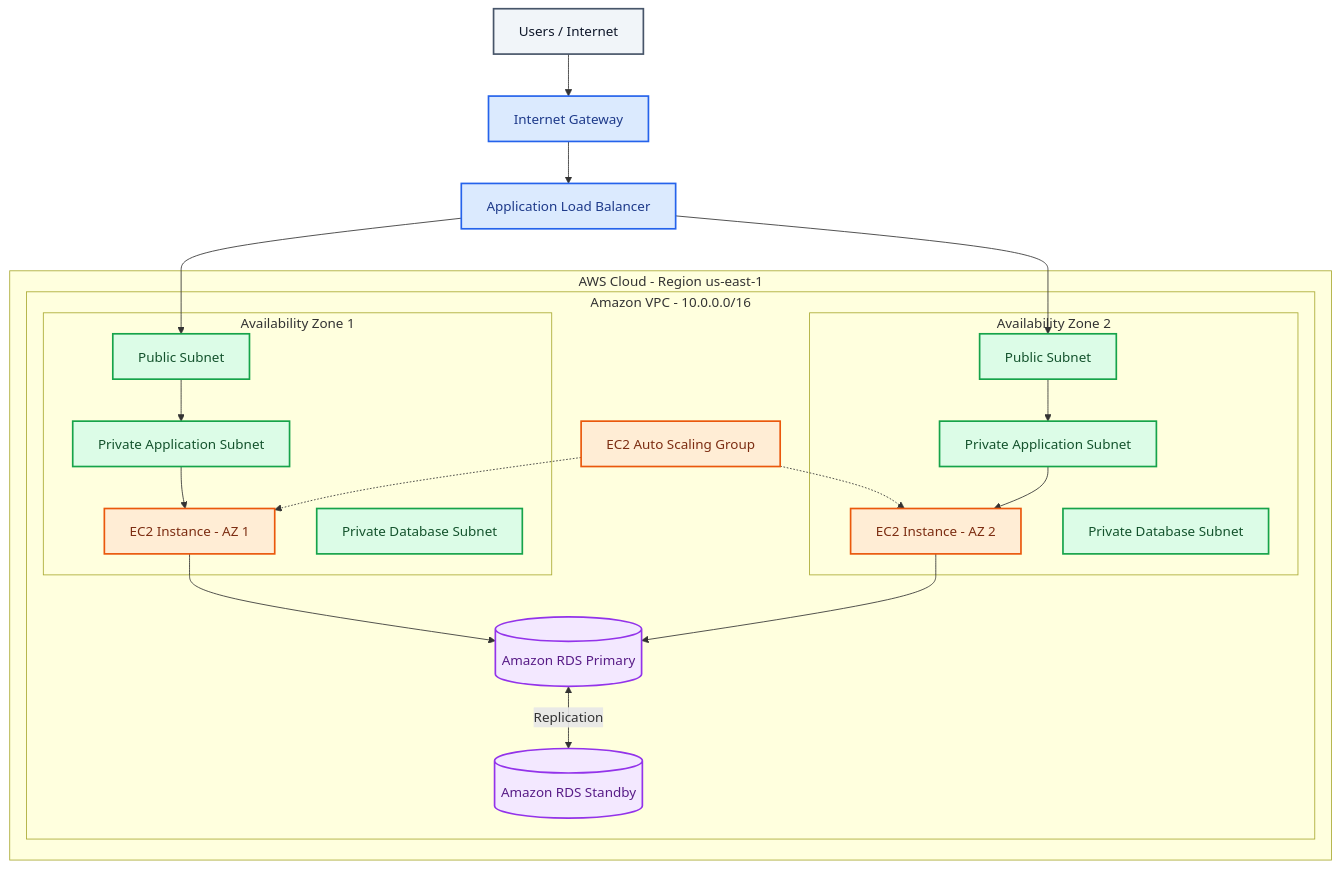
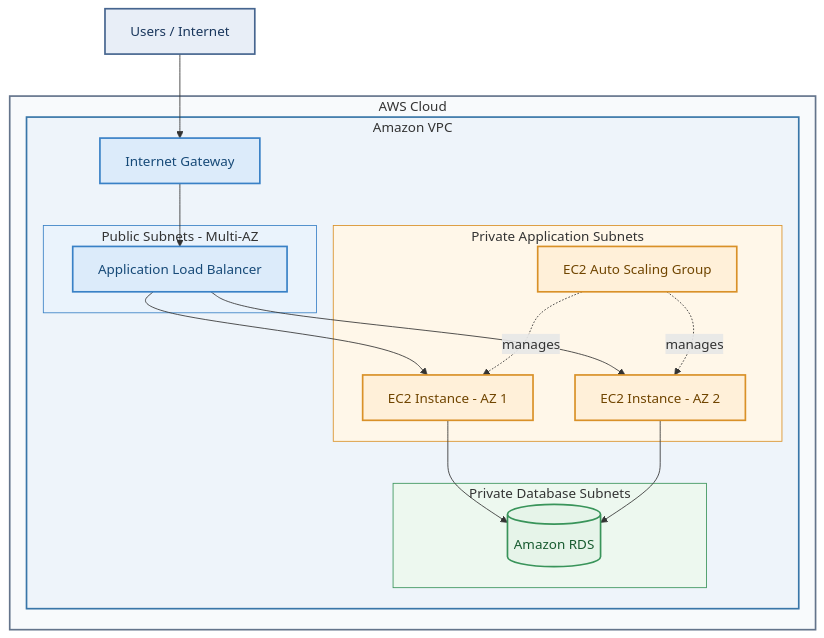
The diagram in architecture.mmd (MuraliPuli/aws-three-tier-web-architecture), drawn with Mermaid before and after one commit.

```diff
--- a/architecture.mmd
+++ b/architecture.mmd
@@ -1,52 +1,48 @@
 
 flowchart TB
     U["Users / Internet"]
-    IGW["Internet Gateway"]
-    ALB["Application Load Balancer"]
 
-    subgraph AWS["AWS Cloud - Region us-east-1"]
-      subgraph VPC["Amazon VPC - 10.0.0.0/16"]
-        subgraph AZ1["Availability Zone 1"]
-          P1["Public Subnet"]
-          A1["Private Application Subnet"]
-          E1["EC2 Instance - AZ 1"]
-          D1["Private Database Subnet"]
+    subgraph AWS["AWS Cloud"]
+        subgraph VPC["Amazon VPC"]
+            IGW["Internet Gateway"]
+
+            subgraph PUBLIC["Public Subnets - Multi-AZ"]
+                ALB["Application Load Balancer"]
+            end
+
+            subgraph PRIVATE_APP["Private Application Subnets"]
+                ASG["EC2 Auto Scaling Group"]
+                EC2A["EC2 Instance - AZ 1"]
+                EC2B["EC2 Instance - AZ 2"]
+            end
+
+            subgraph PRIVATE_DB["Private Database Subnets"]
+                RDS[("Amazon RDS")]
+            end
         end
-
-        subgraph AZ2["Availability Zone 2"]
-          P2["Public Subnet"]
-          A2["Private Application Subnet"]
-          E2["EC2 Instance - AZ 2"]
-          D2["Private Database Subnet"]
-        end
-
-        ASG["EC2 Auto Scaling Group"]
-        RDS1[("Amazon RDS Primary")]
-        RDS2[("Amazon RDS Standby")]
-      end
     end
 
-    U --> IGW --> ALB
-    ALB --> P1
-    ALB --> P2
-    P1 --> A1
-    P2 --> A2
-    A1 --> E1
-    A2 --> E2
-    ASG -.-> E1
-    ASG -.-> E2
-    E1 --> RDS1
-    E2 --> RDS1
-    RDS1 <-->|Replication| RDS2
+    U --> IGW
+    IGW --> ALB
+    ALB --> EC2A
+    ALB --> EC2B
+    ASG -. manages .-> EC2A
+    ASG -. manages .-> EC2B
+    EC2A --> RDS
+    EC2B --> RDS
 
-    classDef network fill:#dbeafe,stroke:#2563eb,color:#1e3a8a,stroke-width:2px
-    classDef subnet fill:#dcfce7,stroke:#16a34a,color:#14532d,stroke-width:2px
-    classDef compute fill:#ffedd5,stroke:#ea580c,color:#7c2d12,stroke-width:2px
-    classDef database fill:#f3e8ff,stroke:#9333ea,color:#581c87,stroke-width:2px
-    classDef users fill:#f1f5f9,stroke:#475569,color:#0f172a,stroke-width:2px
+    classDef users fill:#E8EEF7,stroke:#46658F,color:#19365C,stroke-width:2px
+    classDef network fill:#DCEBFA,stroke:#3981C6,color:#174A78,stroke-width:2px
+    classDef compute fill:#FFF0D9,stroke:#D99128,color:#704500,stroke-width:2px
+    classDef database fill:#E6F4E9,stroke:#39945A,color:#185B30,stroke-width:2px
 
     class U users
     class IGW,ALB network
-    class P1,P2,A1,A2,D1,D2 subnet
-    class E1,E2,ASG compute
-    class RDS1,RDS2 database
+    class ASG,EC2A,EC2B compute
+    class RDS database
+
+    style AWS fill:#F8FAFC,stroke:#64748B,stroke-width:2px
+    style VPC fill:#EEF4FA,stroke:#3976A8,stroke-width:2px
+    style PUBLIC fill:#EAF3FC,stroke:#3981C6,stroke-width:1px
+    style PRIVATE_APP fill:#FFF7E9,stroke:#D99128,stroke-width:1px
+    style PRIVATE_DB fill:#EDF8EF,stroke:#39945A,stroke-width:1px
```
